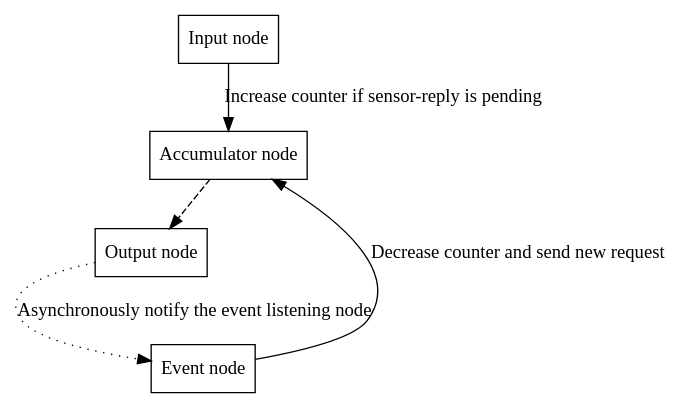
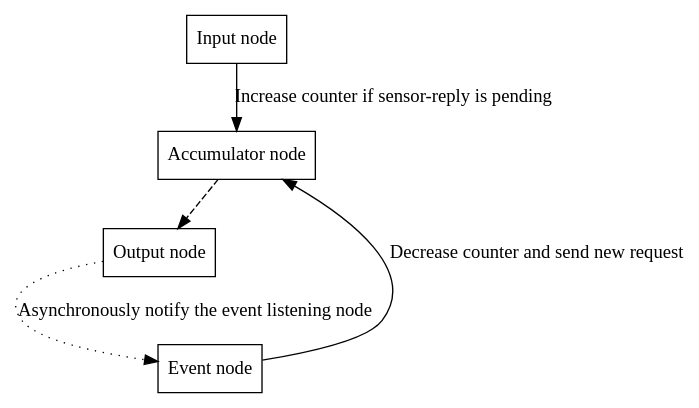
The diagram in rapport/dotfiles/queue-with-ignore.dot (reenberg/wobot), drawn with Graphviz before and after one commit. The commit also changed 7 other files, not shown here.

Commit message:
Little larger graphs

```diff
--- a/rapport/dotfiles/queue-with-ignore.dot
+++ b/rapport/dotfiles/queue-with-ignore.dot
@@ -1,17 +1,17 @@
 digraph G
 {
                 node [fontname="Times Roman", shape=rectangle]
                 edge [color=black, fontname="Times Roman"]
 
                 InputNode [label="Input node"]
                 OutputNode [label="Output node"]
                 CounterNode [label="Accumulator node"]
                 EventNode [label="Event node"]
 
 
                 
                 CounterNode->OutputNode [style=dashed]
-                InputNode->CounterNode [label="Increase counter if sensor-reply is pending"]
-                EventNode->CounterNode [label="Decrease counter and send new request"]
-                OutputNode->EventNode [label="Asynchronously notify the event listening node", style=dotted]
+                InputNode->CounterNode [label=" Increase counter if sensor-reply is pending"]
+                EventNode->CounterNode [label=" Decrease counter and send new request"]
+                OutputNode->EventNode [label="Asynchronously notify the event listening node   ", style=dotted]
 }
```
